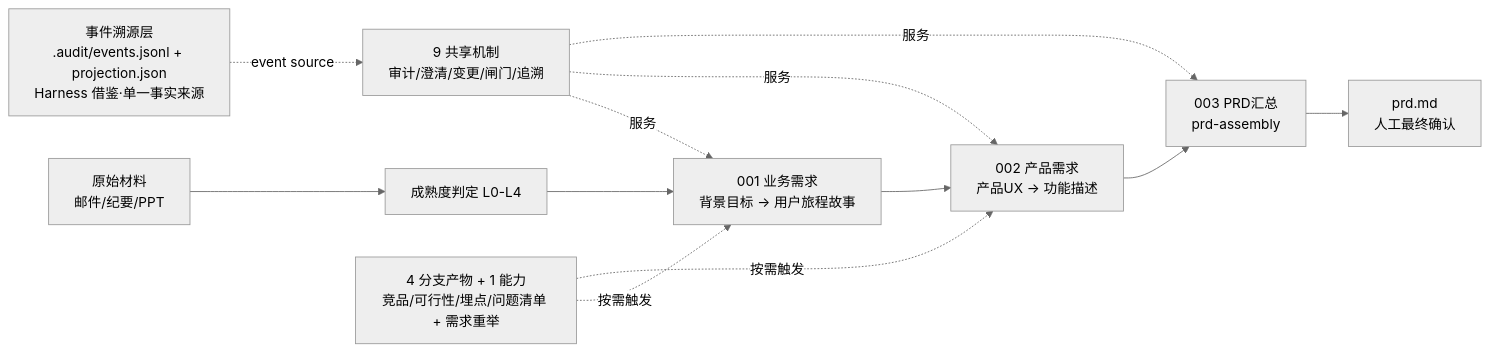
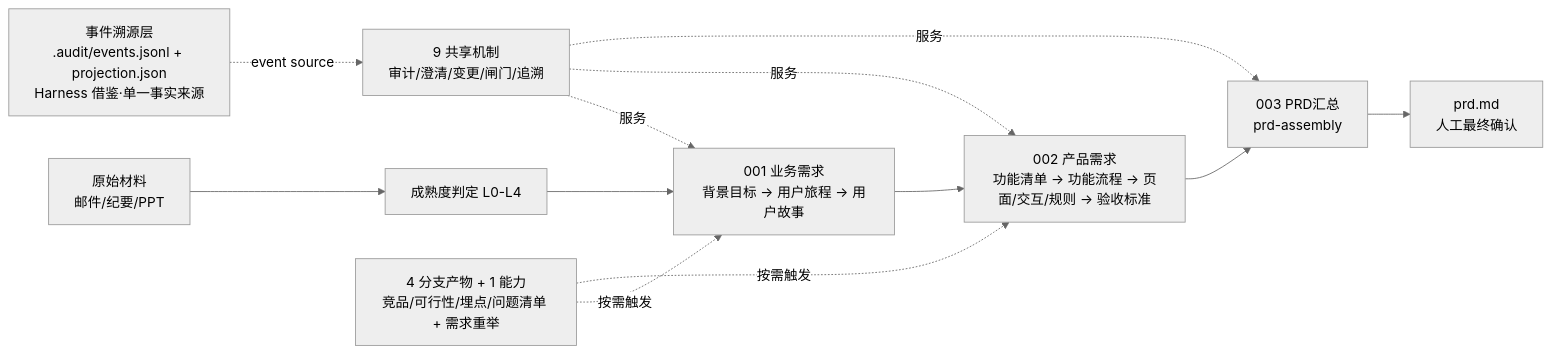
One commit to konwait12/pm-scaffold changed the diagram in README.md. Above: the diagram before and after it, drawn with Mermaid (neutral theme). The commit also changed other lines of this file and 257 other files, not shown here.

````diff
--- a/README.md
+++ b/README.md
@@ -63,14 +63,14 @@
 ```mermaid
 flowchart LR
     I[原始材料<br/>邮件/纪要/PPT] --> E[成熟度判定 L0-L4]
-    E --> S1[001 业务需求<br/>背景目标 → 用户旅程故事]
-    S1 --> S2[002 产品需求<br/>产品UX → 功能描述]
+    E --> S1[001 业务需求<br/>背景目标 → 用户旅程 → 用户故事]
+    S1 --> S2[002 产品需求<br/>功能清单 → 功能流程 → 页面/交互/规则 → 验收标准]
     S2 --> S3[003 PRD汇总<br/>prd-assembly]
     S3 --> P[prd.md<br/>人工最终确认]
     SH[9 共享机制<br/>审计/澄清/变更/闸门/追溯] -.服务.-> S1
     SH -.服务.-> S2
     SH -.服务.-> S3
     BR[4 分支产物 + 1 能力<br/>竞品/可行性/埋点/问题清单 + 需求重举] -.按需触发.-> S1
     BR -.按需触发.-> S2
     AU[事件溯源层<br/>.audit/events.jsonl + projection.json<br/>Harness 借鉴·单一事实来源] -.event source.-> SH
 ```
````
